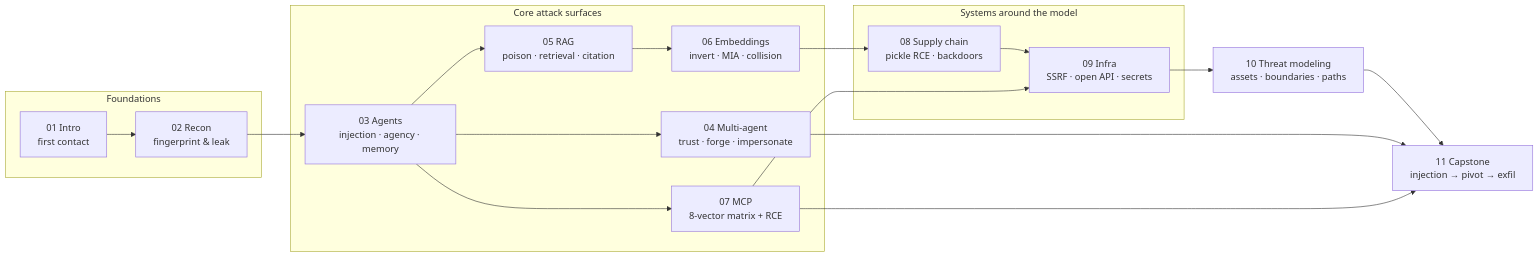
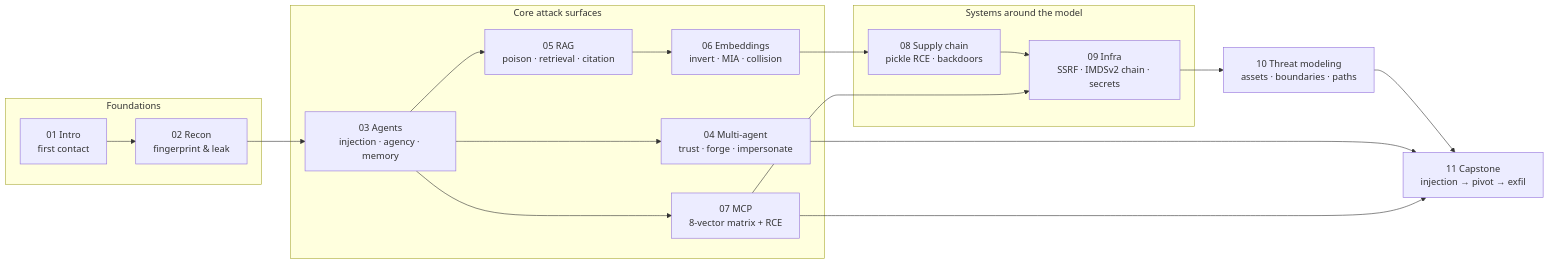
The first of 6 diagrams in docs/OVERVIEW.md (tq05/RedSec-range), drawn with Mermaid before and after one commit. The commit also changed other lines of this file, not shown here.

Commit message:
Label the module 09 chain on the map and bump the selftest count to 42/42.

````diff
--- a/docs/OVERVIEW.md
+++ b/docs/OVERVIEW.md
@@ -10,28 +10,28 @@
 ```mermaid
 flowchart LR
   subgraph FOUND["Foundations"]
     M01["01 Intro<br/>first contact"] --> M02["02 Recon<br/>fingerprint & leak"]
   end
   subgraph CORE["Core attack surfaces"]
     M03["03 Agents<br/>injection · agency · memory"]
     M05["05 RAG<br/>poison · retrieval · citation"]
     M06["06 Embeddings<br/>invert · MIA · collision"]
     M04["04 Multi-agent<br/>trust · forge · impersonate"]
     M07["07 MCP<br/>8-vector matrix + RCE"]
   end
   subgraph SYS["Systems around the model"]
     M08["08 Supply chain<br/>pickle RCE · backdoors"]
-    M09["09 Infra<br/>SSRF · open API · secrets"]
+    M09["09 Infra<br/>SSRF · IMDSv2 chain · secrets"]
   end
   M10["10 Threat modeling<br/>assets · boundaries · paths"]
   M11["11 Capstone<br/>injection → pivot → exfil"]
 
   M02 --> M03 --> M05 --> M06
   M03 --> M04
   M03 --> M07
   M06 --> M08 --> M09
   M07 --> M09
   M09 --> M10 --> M11
   M04 --> M11
   M07 --> M11
 ```
````
